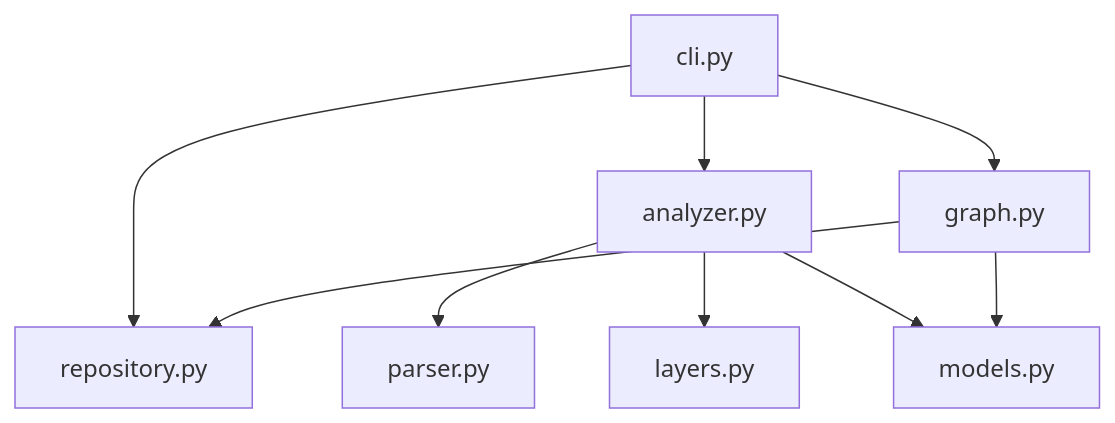
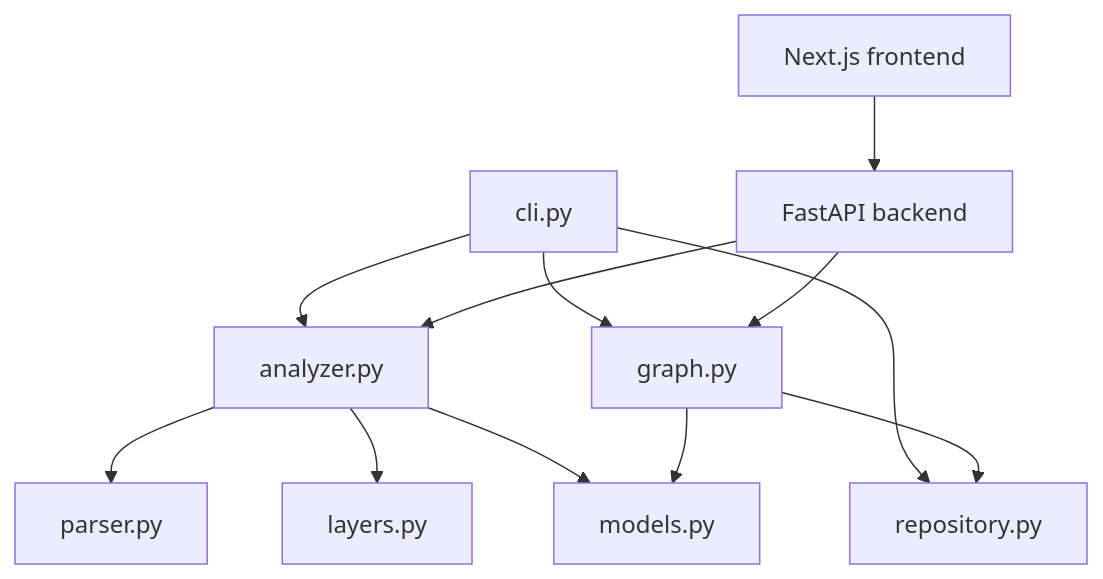
One commit to Huoqichen/repomap changed the third of 3 diagrams in README.md. Above: the diagram before and after it, drawn with Mermaid. The commit also changed other lines of this file and 19 other files, not shown here.

Commit message:
Add web UI and API for interactive architecture graphs

````diff
--- a/README.md
+++ b/README.md
@@ -252,11 +305,14 @@
 ```mermaid
 flowchart TD
     CLI["cli.py"] --> REPO["repository.py"]
     CLI --> ANALYZER["analyzer.py"]
     ANALYZER --> PARSER["parser.py"]
     ANALYZER --> LAYERS["layers.py"]
     ANALYZER --> MODELS["models.py"]
     CLI --> GRAPH["graph.py"]
     GRAPH --> MODELS
     GRAPH --> REPO
+    WEB["Next.js frontend"] --> API["FastAPI backend"]
+    API --> ANALYZER
+    API --> GRAPH
 ```
````
